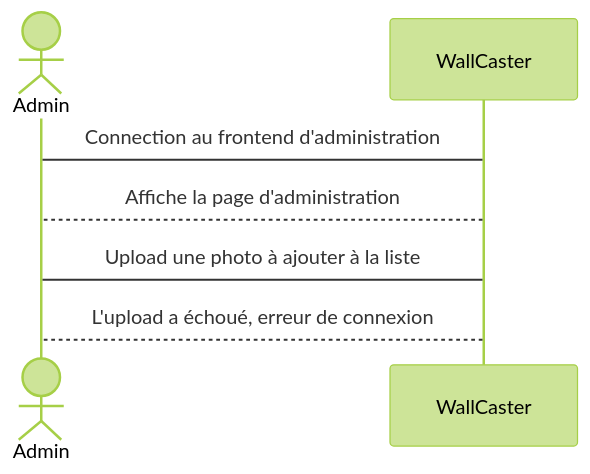
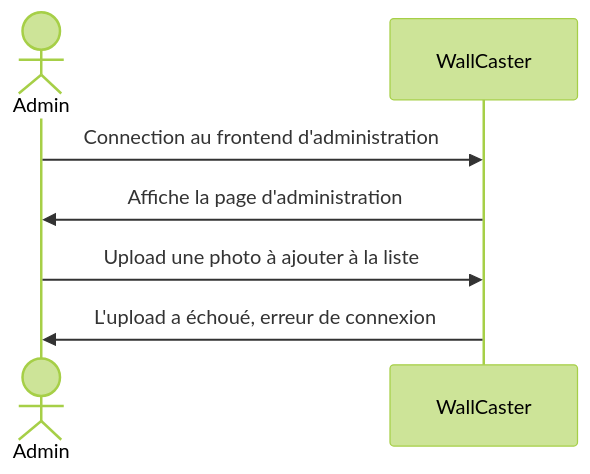
Before and after one commit to WallCaster/WallCaster: the fourth of 16 diagrams in doc/analisis-report.md, drawn with Mermaid (forest theme). The commit also changed other lines of this file, not shown here.

Commit message:
update diagrames séquence

````diff
--- a/doc/analisis-report.md
+++ b/doc/analisis-report.md
@@ -108,10 +108,10 @@
 ```mermaid
 sequenceDiagram
   actor Admin
   participant S as WallCaster
 
-Admin -> S : Connection au frontend d'administration
-S --> Admin : Affiche la page d'administration
-Admin -> S : Upload une photo à ajouter à la liste
-S --> Admin : L'upload a échoué, erreur de connexion
+Admin ->> S : Connection au frontend d'administration
+S ->> Admin : Affiche la page d'administration
+Admin ->> S : Upload une photo à ajouter à la liste
+S ->> Admin : L'upload a échoué, erreur de connexion
 ```
````
